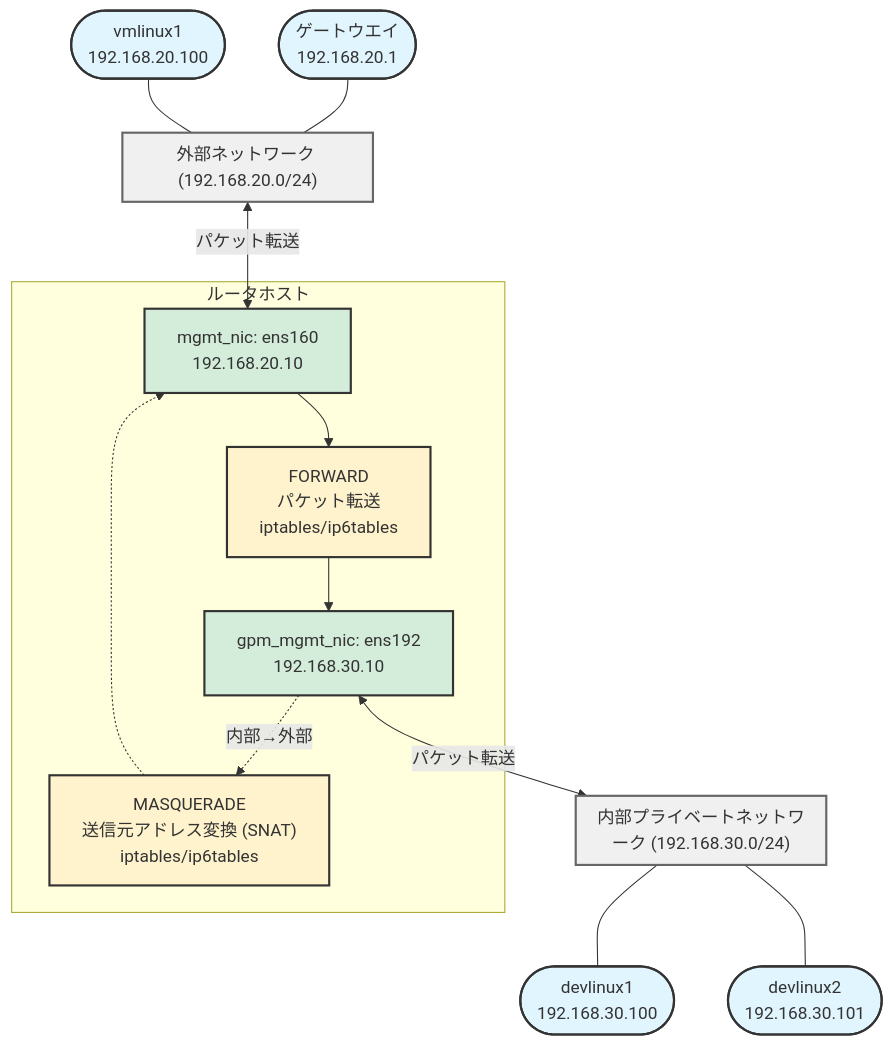
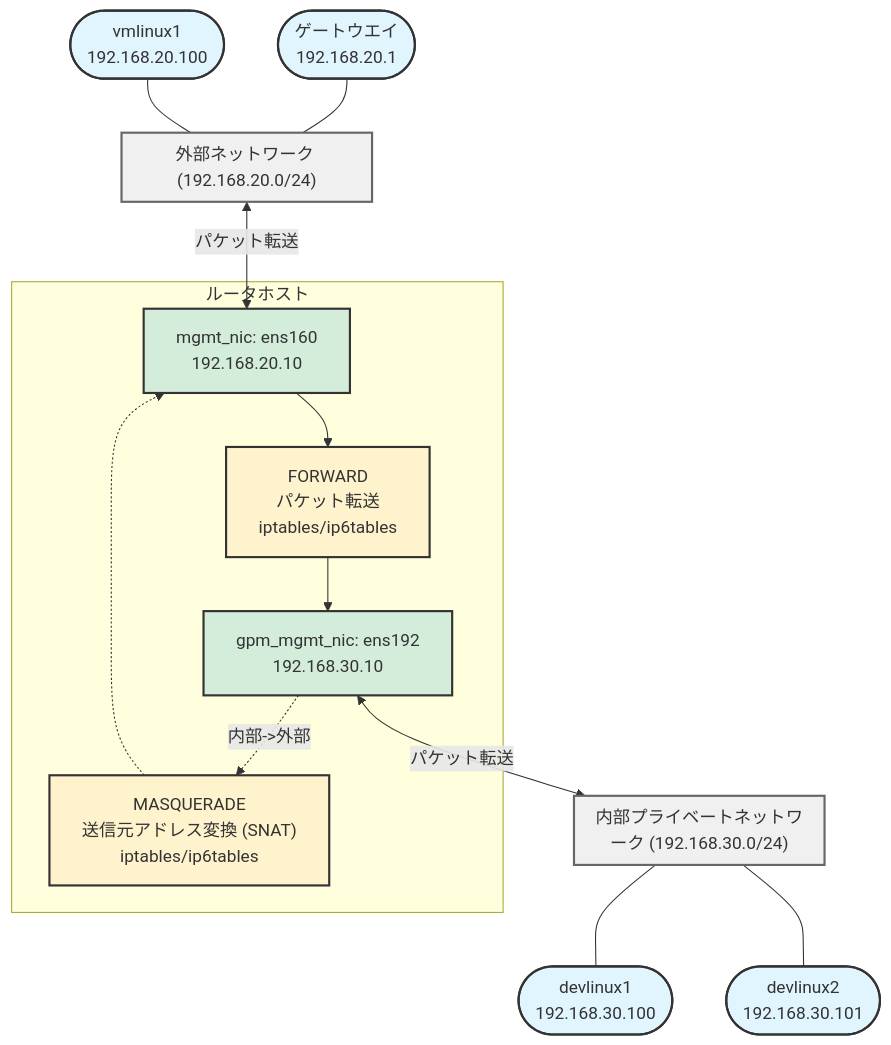
The diagram in roles/router-config/Readme.md (takeharukato/ansible-linux-setup), drawn with Mermaid before and after one commit. The commit also changed other lines of this file and 35 other files, not shown here.

````diff
--- a/roles/router-config/Readme.md
+++ b/roles/router-config/Readme.md
@@ -49,42 +412,42 @@
 ```mermaid
 graph TD
     I([ゲートウエイ<br/>192.168.20.1])
     J([vmlinux1<br/>192.168.20.100])
     subgraph ExtNet["外部ネットワーク (192.168.20.0/24)"]
     end
 
     subgraph Router["ルータホスト"]
         B["mgmt_nic: ens160<br/>192.168.20.10"]
         C["FORWARD<br/>パケット転送<br/>iptables/ip6tables"]
         C2["MASQUERADE<br/>送信元アドレス変換 (SNAT)<br/>iptables/ip6tables"]
         D["gpm_mgmt_nic: ens192<br/>192.168.30.10"]
         B --> C
         C --> D
-        D -.->|内部→外部| C2
+        D -.->|内部->外部| C2
         C2 -.-> B
     end
 
     subgraph IntNet["内部プライベートネットワーク (192.168.30.0/24)"]
     end
 
     F([devlinux1<br/>192.168.30.100])
     G([devlinux2<br/>192.168.30.101])
 
     I --- ExtNet
     J --- ExtNet
     ExtNet <-->|パケット転送| B
     D <-->|パケット転送| IntNet
 
     IntNet --- F
     IntNet --- G
 
     classDef hostStyle fill:#e1f5ff,stroke:#333,stroke-width:2px
     classDef nicStyle fill:#d4edda,stroke:#333,stroke-width:2px
     classDef controlStyle fill:#fff3cd,stroke:#333,stroke-width:2px
     classDef networkStyle fill:#f0f0f0,stroke:#666,stroke-width:2px
 
-    class H,F,G,I,J hostStyle
+    class F,G,I,J hostStyle
     class B,D nicStyle
     class C,C2 controlStyle
     class ExtNet,IntNet networkStyle
 ```
````
